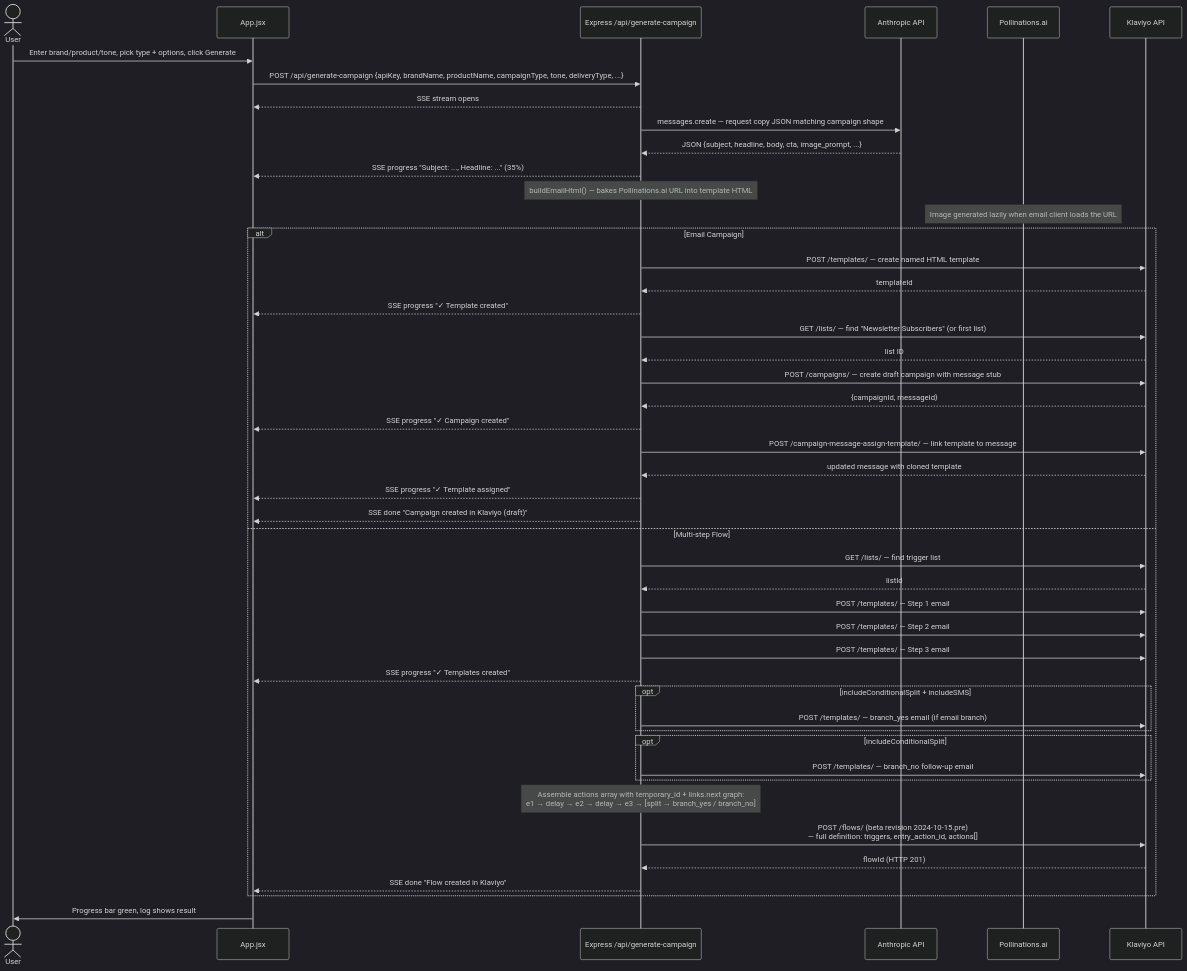
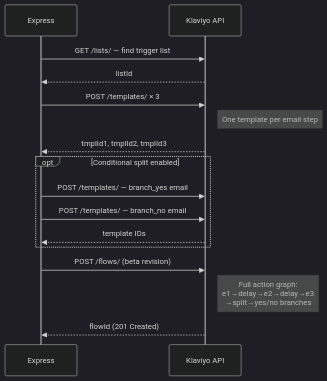
Before and after one commit to eeberhart40/klaviyo-sandbox-seeder: the third of 3 diagrams in docs/sequence-generate-campaign.md, drawn with Mermaid (dark theme). The commit also changed other lines of this file and 2 other files, not shown here.

Commit message:
Restructure diagrams: top-down, narrow, split into focused sections [csc]

````diff
--- a/docs/sequence-generate-campaign.md
+++ b/docs/sequence-generate-campaign.md
@@ -7,66 +55,22 @@
 ```mermaid
 sequenceDiagram
-    actor User
-    participant UI as App.jsx
-    participant Server as Express /api/generate-campaign
-    participant Claude as Anthropic API
-    participant Pollinations as Pollinations.ai
+    participant Server as Express
     participant Klaviyo as Klaviyo API
 
-    User->>UI: Enter brand/product/tone, pick type + options, click Generate
-    UI->>Server: POST /api/generate-campaign {apiKey, brandName, productName, campaignType, tone, deliveryType, ...}
-    Server-->>UI: SSE stream opens
+    Server->>Klaviyo: GET /lists/ — find trigger list
+    Klaviyo-->>Server: listId
 
-    Server->>Claude: messages.create — request copy JSON matching campaign shape
-    Claude-->>Server: JSON {subject, headline, body, cta, image_prompt, ...}
-    Server-->>UI: SSE progress "Subject: ..., Headline: ..." (35%)
+    Server->>Klaviyo: POST /templates/ × 3
+    Note right of Klaviyo: One template per email step
+    Klaviyo-->>Server: tmplId1, tmplId2, tmplId3
 
-    Note over Server: buildEmailHtml() — bakes Pollinations.ai URL into template HTML
-    Note over Pollinations: Image generated lazily when email client loads the URL
-
-    alt Email Campaign
-
-        Server->>Klaviyo: POST /templates/ — create named HTML template
-        Klaviyo-->>Server: templateId
-        Server-->>UI: SSE progress "✓ Template created"
-
-        Server->>Klaviyo: GET /lists/ — find "Newsletter Subscribers" (or first list)
-        Klaviyo-->>Server: list ID
-
-        Server->>Klaviyo: POST /campaigns/ — create draft campaign with message stub
-        Klaviyo-->>Server: {campaignId, messageId}
-        Server-->>UI: SSE progress "✓ Campaign created"
-
-        Server->>Klaviyo: POST /campaign-message-assign-template/ — link template to message
-        Klaviyo-->>Server: updated message with cloned template
-        Server-->>UI: SSE progress "✓ Template assigned"
-
-        Server-->>UI: SSE done "Campaign created in Klaviyo (draft)"
-
-    else Multi-step Flow
-
-        Server->>Klaviyo: GET /lists/ — find trigger list
-        Klaviyo-->>Server: listId
-
-        Server->>Klaviyo: POST /templates/ — Step 1 email
-        Server->>Klaviyo: POST /templates/ — Step 2 email
-        Server->>Klaviyo: POST /templates/ — Step 3 email
-        Server-->>UI: SSE progress "✓ Templates created"
-
-        opt includeConditionalSplit + includeSMS
-            Server->>Klaviyo: POST /templates/ — branch_yes email (if email branch)
-        end
-        opt includeConditionalSplit
-            Server->>Klaviyo: POST /templates/ — branch_no follow-up email
-        end
-
-        Note over Server: Assemble actions array with temporary_id + links.next graph:<br/>e1 → delay → e2 → delay → e3 → [split → branch_yes / branch_no]
-
-        Server->>Klaviyo: POST /flows/ (beta revision 2024-10-15.pre)<br/>— full definition: triggers, entry_action_id, actions[]
-        Klaviyo-->>Server: flowId (HTTP 201)
-        Server-->>UI: SSE done "Flow created in Klaviyo"
-
+    opt Conditional split enabled
+        Server->>Klaviyo: POST /templates/ — branch_yes email
+        Server->>Klaviyo: POST /templates/ — branch_no email
+        Klaviyo-->>Server: template IDs
     end
 
-    UI->>User: Progress bar green, log shows result
+    Server->>Klaviyo: POST /flows/ (beta revision)
+    Note right of Klaviyo: Full action graph:<br/>e1→delay→e2→delay→e3<br/>→split→yes/no branches
+    Klaviyo-->>Server: flowId (201 Created)
 ```
````
